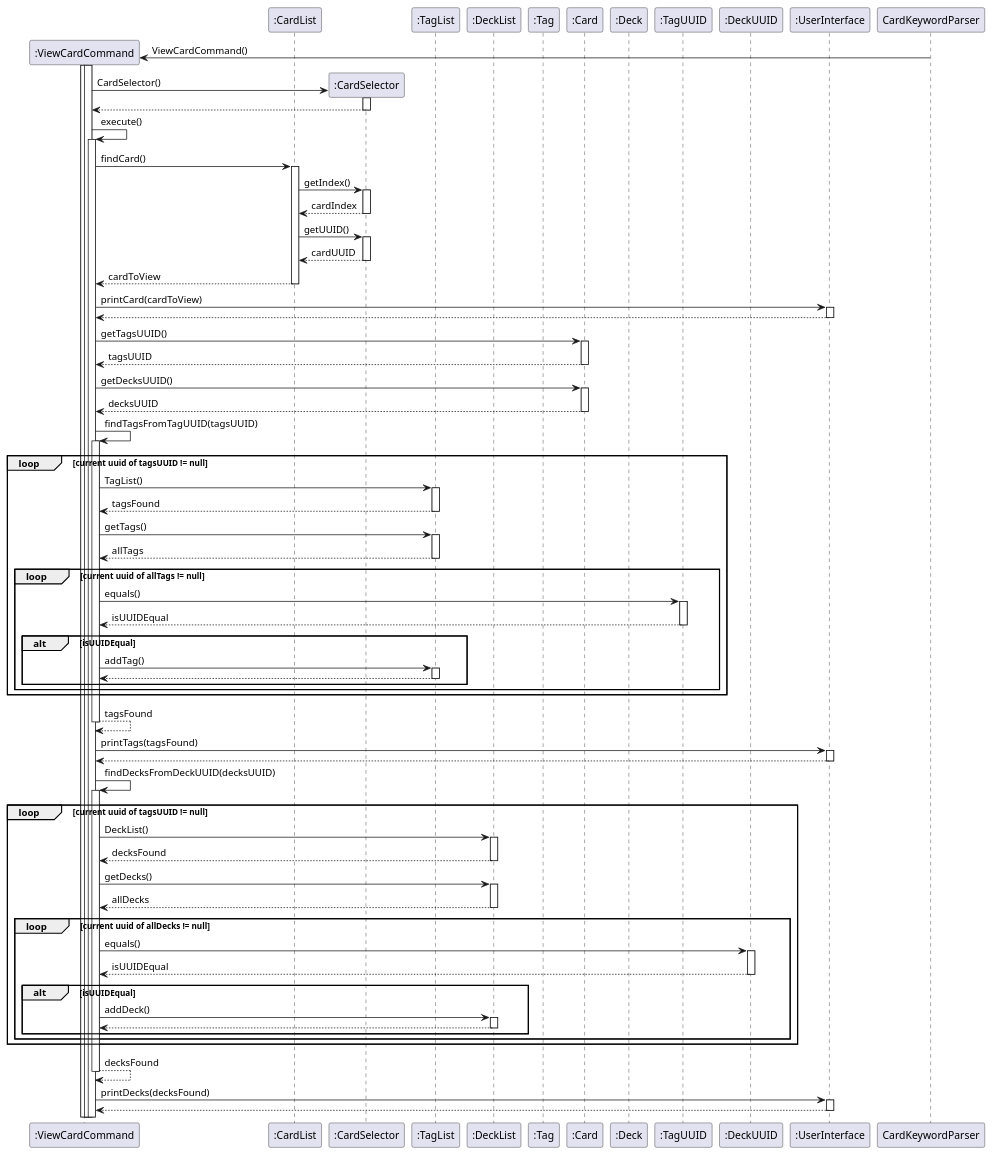
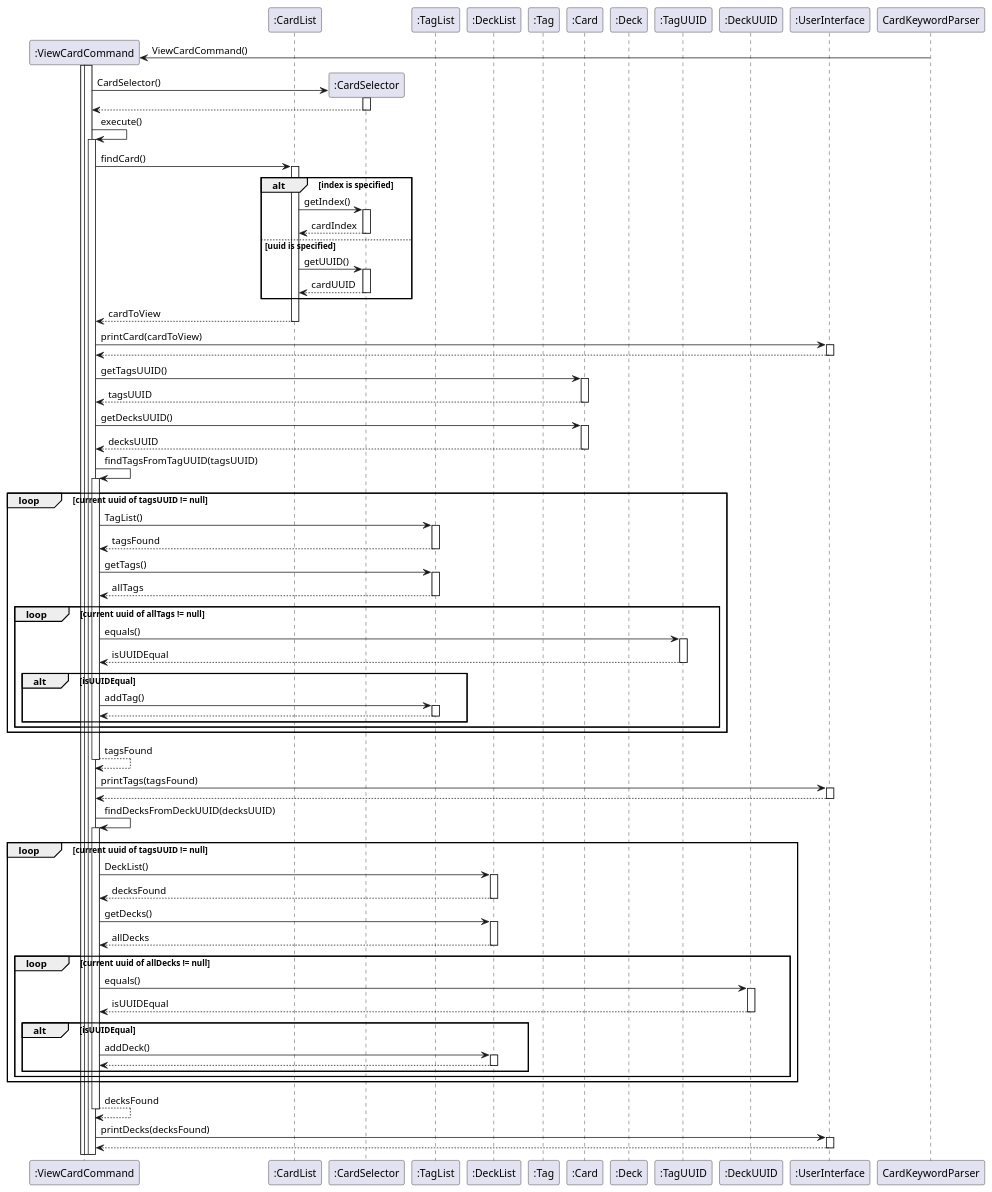
The diagram in docs/uml/CardListSequence.puml (nus-cs2113-AY2223S2/tp), drawn with PlantUML before and after one commit. The commit also changed 3 other files, not shown here.

```diff
--- a/docs/uml/CardListSequence.puml
+++ b/docs/uml/CardListSequence.puml
@@ -1,91 +1,92 @@
 @startuml CardListSequence
 
 autoactivate on
 
 participant ":ViewCardCommand" as ViewCardCommand
 participant ":CardList" as CardList
 participant ":CardSelector" as CardSelector
 participant ":TagList" as TagList
 participant ":DeckList" as DeckList
 participant ":Tag" as Tag
 participant ":Card" as Card
 participant ":Deck" as Deck
 participant ":TagUUID" as TagUUID
 participant ":DeckUUID" as DeckUUID
 participant ":UserInterface" as UserInterface
 
 
 Create ViewCardCommand
 CardKeywordParser -> ViewCardCommand : ViewCardCommand()
 activate ViewCardCommand
 
 Create CardSelector
 ViewCardCommand -> CardSelector : CardSelector()
 return
 
 ViewCardCommand -> ViewCardCommand : execute()
 ViewCardCommand -> CardList : findCard()
 
+alt index is specified
 CardList -> CardSelector : getIndex()
 return cardIndex
-
+else uuid is specified
 CardList -> CardSelector : getUUID()
 return cardUUID
-
+end
 return cardToView
 
 ViewCardCommand -> UserInterface : printCard(cardToView)
 return
 
 
 ViewCardCommand -> Card : getTagsUUID()
 return tagsUUID
 ViewCardCommand -> Card : getDecksUUID()
 return decksUUID
 
 ViewCardCommand -> ViewCardCommand : findTagsFromTagUUID(tagsUUID)
 
 loop current uuid of tagsUUID != null
 
   ViewCardCommand -> TagList : TagList()
   return tagsFound
   ViewCardCommand -> TagList : getTags()
   return allTags
   loop current uuid of allTags != null
       ViewCardCommand -> TagUUID : equals()
       return isUUIDEqual
       alt isUUIDEqual
        ViewCardCommand -> TagList : addTag()
        return
       end
   end loop
 end loop
 return tagsFound
 
 ViewCardCommand -> UserInterface : printTags(tagsFound)
 return
 
 
 ViewCardCommand -> ViewCardCommand : findDecksFromDeckUUID(decksUUID)
 
 loop current uuid of tagsUUID != null
 
   ViewCardCommand -> DeckList : DeckList()
   return decksFound
   ViewCardCommand -> DeckList : getDecks()
   return allDecks
   loop current uuid of allDecks != null
       ViewCardCommand -> DeckUUID : equals()
       return isUUIDEqual
       alt isUUIDEqual
        ViewCardCommand -> DeckList : addDeck()
        return
       end
   end loop
 end loop
 return decksFound
 
 ViewCardCommand -> UserInterface : printDecks(decksFound)
 return
 
 @enduml
```
